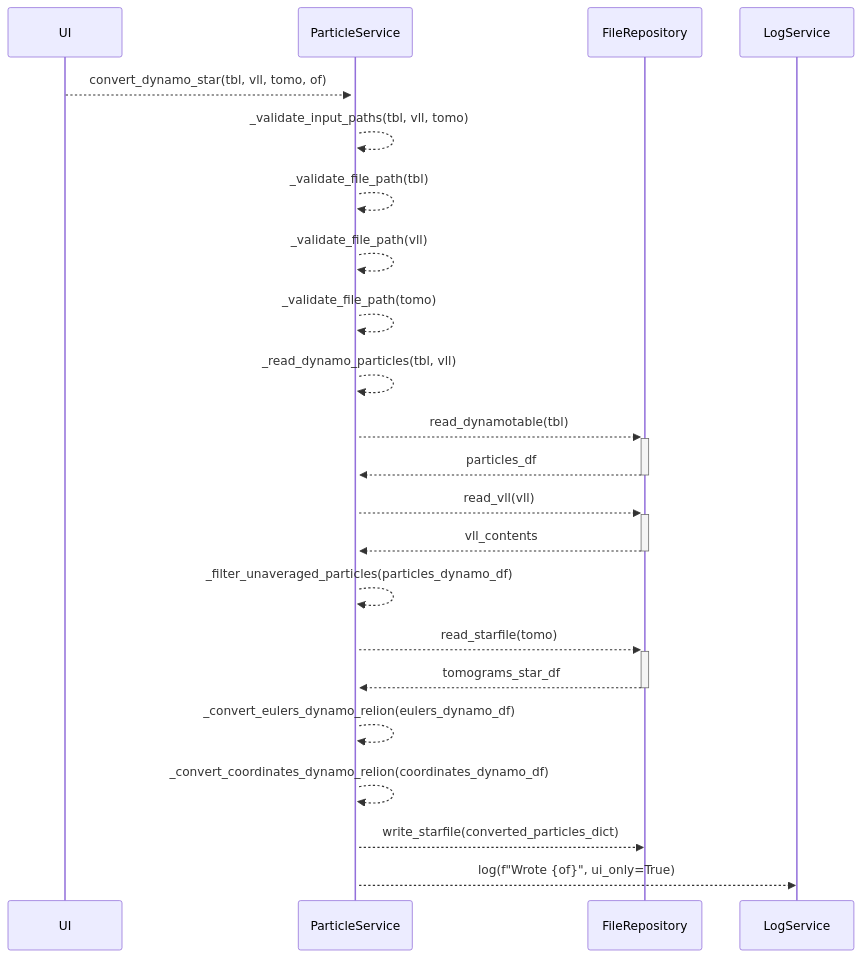
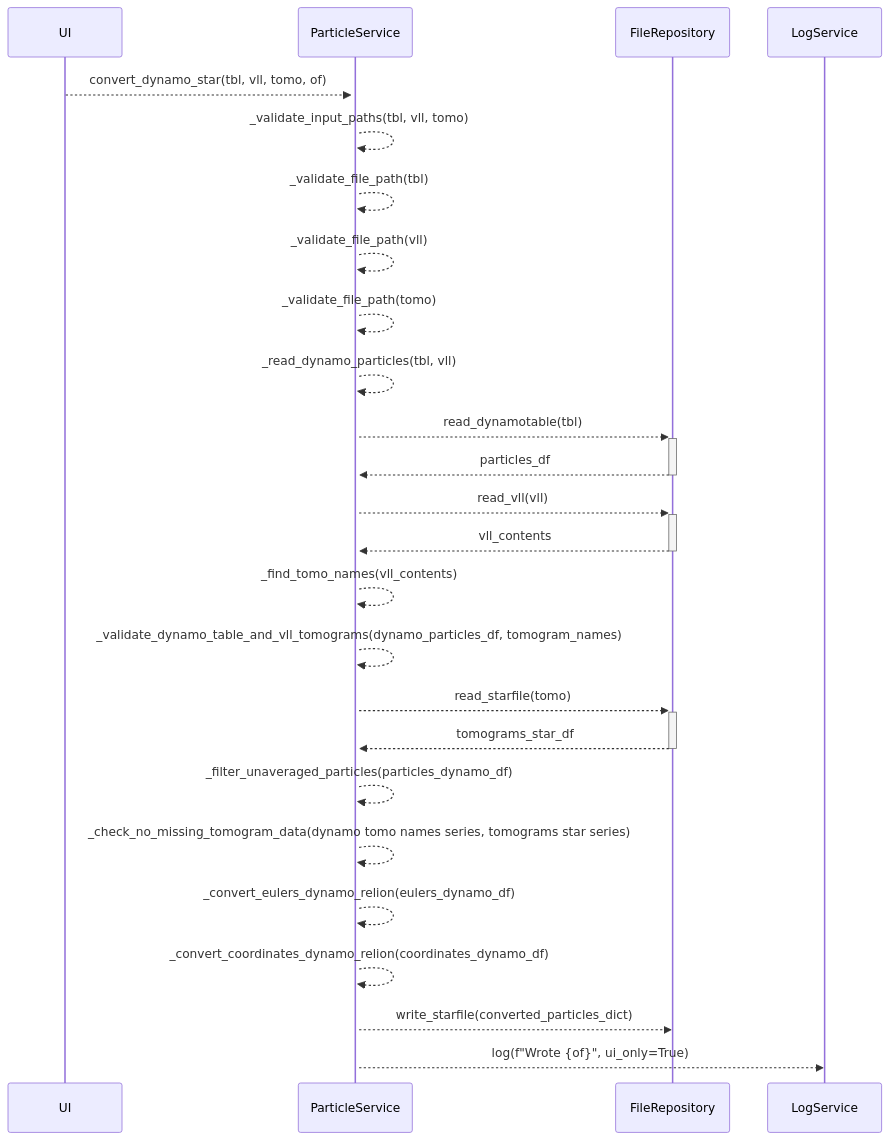
One commit to lainahai/ot-harjoitustyo changed the second of 2 diagrams in dokumentaatio/arkkitehtuuri.md. Above: the diagram before and after it, drawn with Mermaid. The commit also changed other lines of this file and 8 other files, not shown here.

````diff
--- a/dokumentaatio/arkkitehtuuri.md
+++ b/dokumentaatio/arkkitehtuuri.md
@@ -52,25 +64,28 @@
 ```mermaid
 sequenceDiagram
     participant UI
     participant ParticleService
     participant FileRepository
     participant LogService
-    UI -->>+ParticleService: convert_dynamo_star(tbl, vll, tomo, of)
+    UI-->>+ParticleService: convert_dynamo_star(tbl, vll, tomo, of)
     ParticleService-->>ParticleService: _validate_input_paths(tbl, vll, tomo)
     ParticleService-->>ParticleService: _validate_file_path(tbl)
     ParticleService-->>ParticleService: _validate_file_path(vll)
     ParticleService-->>ParticleService: _validate_file_path(tomo)
     ParticleService-->>ParticleService: _read_dynamo_particles(tbl, vll)
     ParticleService-->>+FileRepository: read_dynamotable(tbl)
     FileRepository-->>-ParticleService: particles_df
     ParticleService-->>+FileRepository: read_vll(vll)
     FileRepository-->>-ParticleService: vll_contents
+    ParticleService-->>ParticleService: _find_tomo_names(vll_contents)
+    ParticleService-->>ParticleService: _validate_dynamo_table_and_vll_tomograms(dynamo_particles_df, tomogram_names)
+    ParticleService-->>+FileRepository: read_starfile(tomo)
+    FileRepository-->>-ParticleService: tomograms_star_df
     ParticleService-->>ParticleService: _filter_unaveraged_particles(particles_dynamo_df)
-    ParticleService -->>+FileRepository: read_starfile(tomo)
-    FileRepository -->>-ParticleService: tomograms_star_df
+    ParticleService-->>ParticleService: _check_no_missing_tomogram_data(dynamo tomo names series, tomograms star series)
     ParticleService-->>ParticleService: _convert_eulers_dynamo_relion(eulers_dynamo_df)
     ParticleService-->>ParticleService: _convert_coordinates_dynamo_relion(coordinates_dynamo_df)
     ParticleService -->>FileRepository: write_starfile(converted_particles_dict)
     ParticleService -->>LogService: log(f"Wrote {of}", ui_only=True)
       
 ```
````
